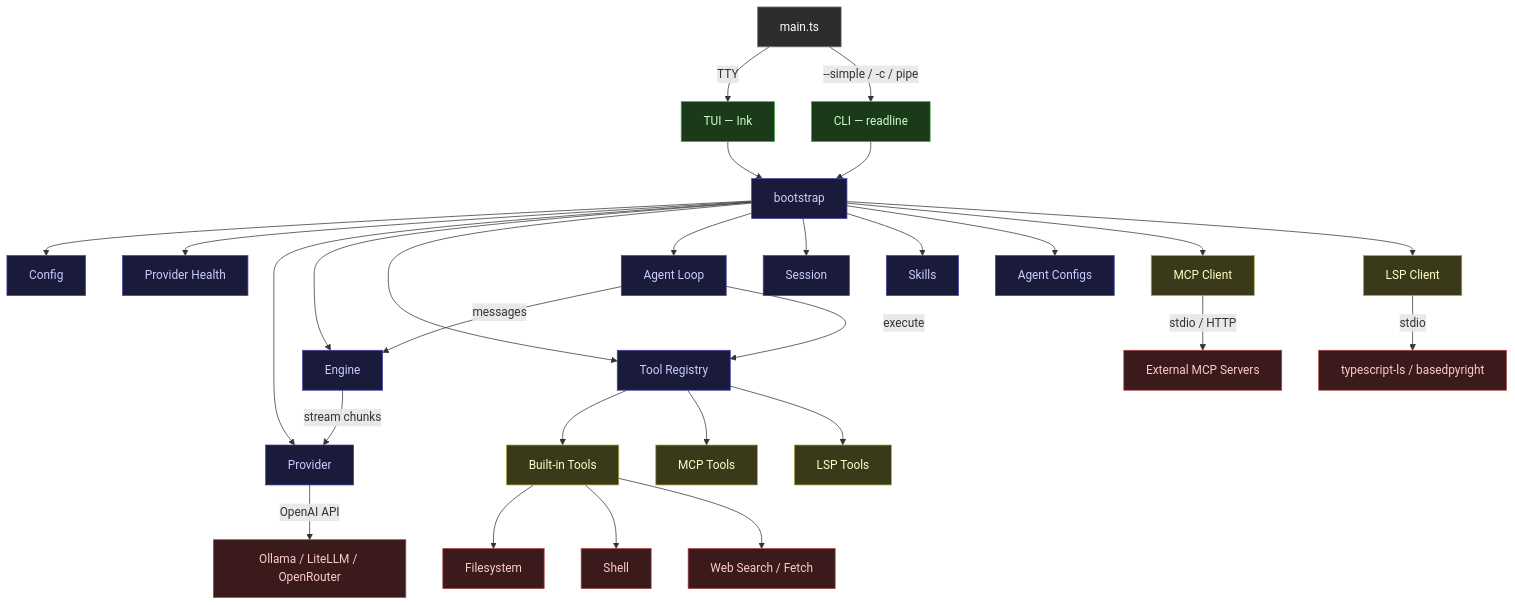
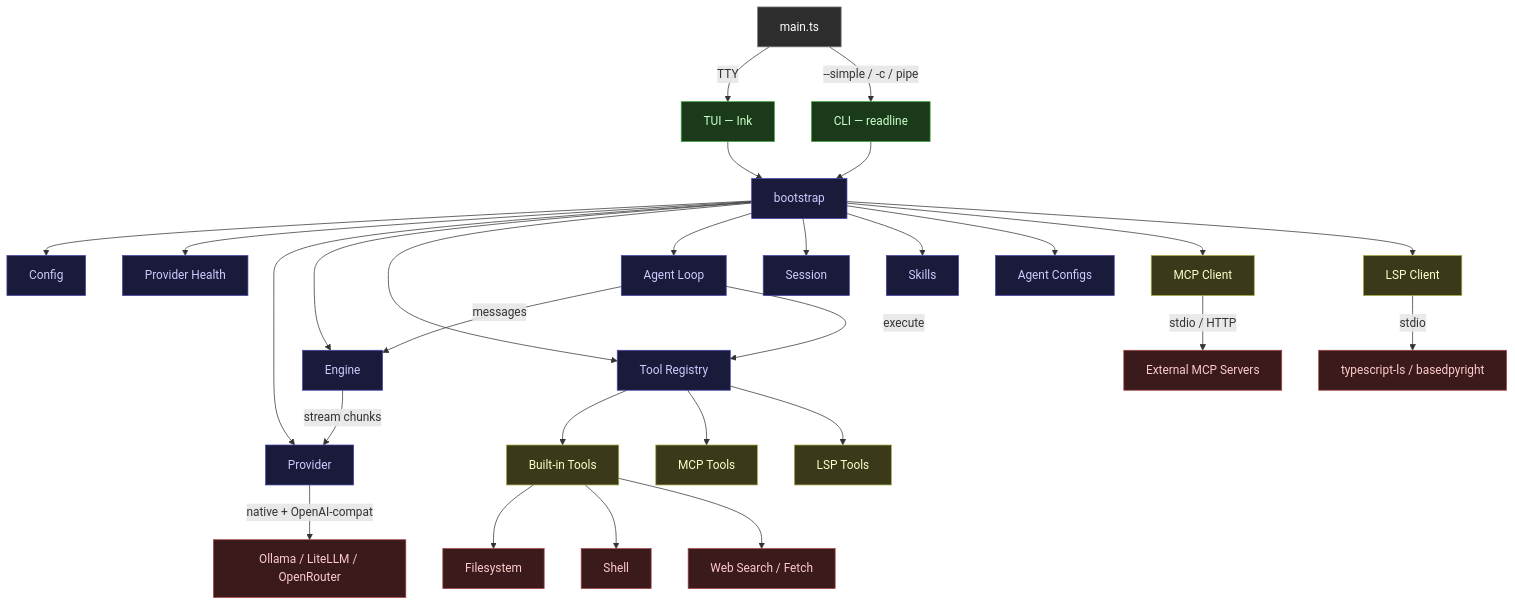
One commit to crystoll/anvil changed the first of 3 diagrams in docs/architecture.md. Above: the diagram before and after it, drawn with Mermaid. The commit also changed 5 other files, not shown here.

````diff
--- a/docs/architecture.md
+++ b/docs/architecture.md
@@ -5,54 +5,54 @@
 ```mermaid
 graph TB
     %% Entry
     main[main.ts] -->|TTY| tui[TUI — Ink]
     main -->|--simple / -c / pipe| cli[CLI — readline]
 
     %% Bootstrap
     tui --> boot[bootstrap]
     cli --> boot
 
     %% Bootstrap creates AppContext
     boot --> cfg[Config]
     boot --> health[Provider Health]
     boot --> prov[Provider]
     boot --> eng[Engine]
     boot --> reg[Tool Registry]
     boot --> agent[Agent Loop]
     boot --> sess[Session]
     boot --> skills[Skills]
     boot --> agents[Agent Configs]
     boot --> mcp[MCP Client]
     boot --> lsp[LSP Client]
 
     %% Runtime data flow
     eng -->|stream chunks| prov
-    prov -->|OpenAI API| endpoints[Ollama / LiteLLM / OpenRouter]
+    prov -->|native + OpenAI-compat| endpoints[Ollama / LiteLLM / OpenRouter]
     agent -->|messages| eng
     agent -->|execute| reg
 
     %% Tool sources
     reg --> builtins[Built-in Tools]
     reg --> mcptools[MCP Tools]
     reg --> lsptools[LSP Tools]
 
     %% External connections
     mcp -->|stdio / HTTP| mcpservers[External MCP Servers]
     lsp -->|stdio| langservers[typescript-ls / basedpyright]
     builtins --> fs[Filesystem]
     builtins --> shell[Shell]
     builtins --> web[Web Search / Fetch]
 
     %% Styling
     classDef entry fill:#2d2d2d,stroke:#888,color:#fff
     classDef ui fill:#1a3a1a,stroke:#4a4,color:#cfc
     classDef core fill:#1a1a3a,stroke:#44a,color:#ccf
     classDef ext fill:#3a1a1a,stroke:#a44,color:#fcc
     classDef tool fill:#3a3a1a,stroke:#aa4,color:#ffc
 
     class main entry
     class tui,cli ui
     class boot,cfg,health,eng,agent,prov,reg,sess,skills,agents core
     class endpoints,mcpservers,langservers,fs,shell,web ext
     class builtins,mcptools,lsptools,mcp,lsp tool
 ```
````
